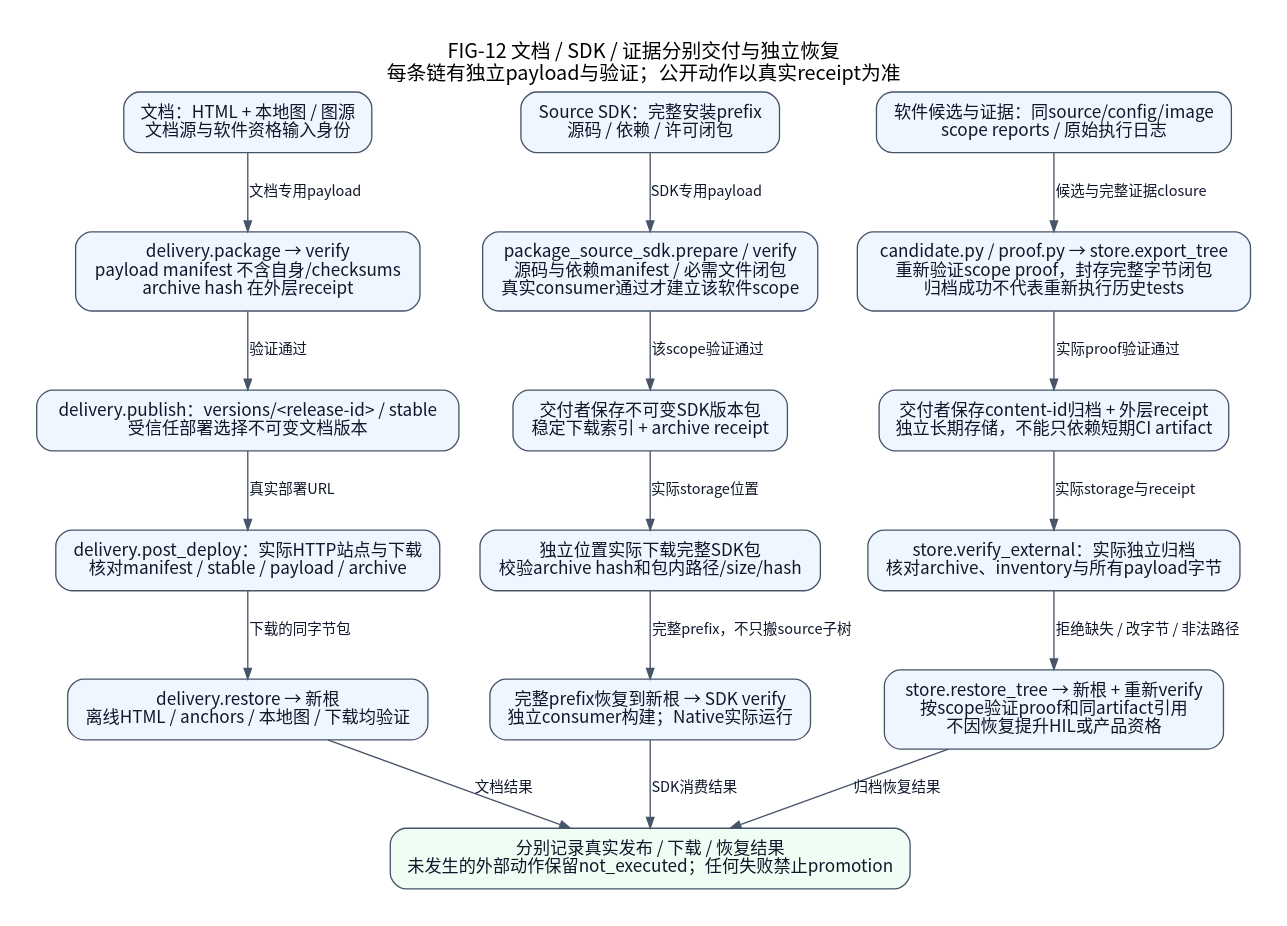
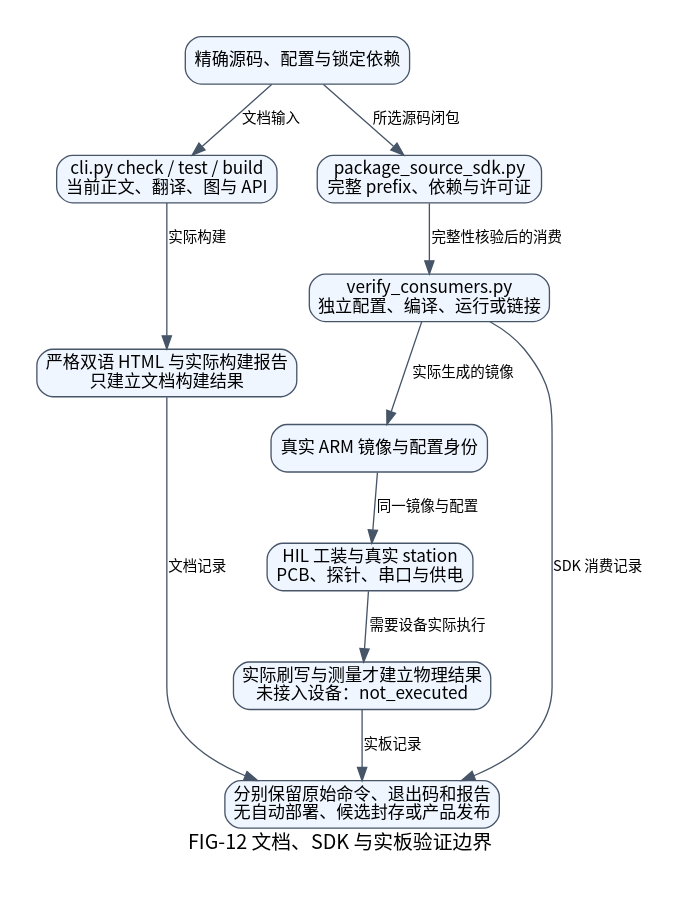
Before and after one commit to X-Gen-Lab/nexus: the diagram in docs/assets/diagrams/localized/zh_CN/release-recovery.dot, drawn with Graphviz. The commit also changed 30 other files, not shown here.

```diff
--- a/docs/assets/diagrams/localized/zh_CN/release-recovery.dot
+++ b/docs/assets/diagrams/localized/zh_CN/release-recovery.dot
@@ -1,51 +1,30 @@
-// FIG-12 reference: source-backed, scoped engineering view.
-// Code basis: 0111c8d3b9c7b37d258b9c401070305b13b6f3a1.
-// Relations and qualification limits are documented in README.md.
-digraph ReleaseRecovery {
-    graph [newrank=true, rankdir=TB, bgcolor="white", pad=0.28, nodesep=0.42,
-           ranksep=0.66, fontname="Noto Sans CJK SC", fontsize=15,
-           labelloc=t];
+// FIG-12: current independent documentation, SDK and HIL boundaries.
+// Code basis: cc4619261fc1cc6c07de0fe266703d6297062aa8.
+digraph ValidationBoundaries {
+    graph [rankdir=TB, bgcolor="white", pad=0.28, nodesep=0.42,
+           ranksep=0.58, fontname="Noto Sans CJK SC", fontsize=15];
     node [shape=box, style="rounded,filled", fillcolor="#eff6ff",
-          color="#475569", fontcolor="#0f172a", fontname="Noto Sans CJK SC",
-          fontsize=13, margin="0.18,0.12"];
-    edge [color="#475569", fontcolor="#0f172a",
-          fontname="Noto Sans CJK SC", fontsize=11, arrowsize=0.8];
-
-    graph [label="FIG-12 文档 / SDK / 证据分别交付与独立恢复\n每条链有独立payload与验证；公开动作以真实receipt为准"];
-    docs [label="文档：HTML + 本地图 / 图源\n文档源与软件资格输入身份", group="docs"];
-    sdk [label="Source SDK：完整安装prefix\n源码 / 依赖 / 许可闭包", group="sdk"];
-    candidate [label="软件候选与证据：同source/config/image\nscope reports / 原始执行日志", group="evidence"];
-    docsSeal [label="delivery.package → verify\npayload manifest 不含自身/checksums\narchive hash 在外层receipt", group="docs"];
-    sdkSeal [label="package_source_sdk.prepare / verify\n源码与依赖manifest / 必需文件闭包\n真实consumer通过才建立该软件scope", group="sdk"];
-    proofSeal [label="candidate.py / proof.py → store.export_tree\n重新验证scope proof，封存完整字节闭包\n归档成功不代表重新执行历史tests", group="evidence"];
-    docsPublish [label="delivery.publish：versions/<release-id> / stable\n受信任部署选择不可变文档版本", group="docs"];
-    sdkPublish [label="交付者保存不可变SDK版本包\n稳定下载索引 + archive receipt", group="sdk"];
-    proofPublish [label="交付者保存content-id归档 + 外层receipt\n独立长期存储，不能只依赖短期CI artifact", group="evidence"];
-    docsDownload [label="delivery.post_deploy：实际HTTP站点与下载\n核对manifest / stable / payload / archive", group="docs"];
-    sdkDownload [label="独立位置实际下载完整SDK包\n校验archive hash和包内路径/size/hash", group="sdk"];
-    proofDownload [label="store.verify_external：实际独立归档\n核对archive、inventory与所有payload字节", group="evidence"];
-    docsRestore [label="delivery.restore → 新根\n离线HTML / anchors / 本地图 / 下载均验证", group="docs"];
-    sdkRestore [label="完整prefix恢复到新根 → SDK verify\n独立consumer构建；Native实际运行", group="sdk"];
-    proofRestore [label="store.restore_tree → 新根 + 重新verify\n按scope验证proof和同artifact引用\n不因恢复提升HIL或产品资格", group="evidence"];
-    receipt [label="分别记录真实发布 / 下载 / 恢复结果\n未发生的外部动作保留not_executed；任何失败禁止promotion", fillcolor="#f0fdf4"];
-    docs -> docsSeal [label="文档专用payload"];
-    docsSeal -> docsPublish [label="验证通过"];
-    docsPublish -> docsDownload [label="真实部署URL"];
-    docsDownload -> docsRestore [label="下载的同字节包"];
-    docsRestore -> receipt [label="文档结果"];
-    sdk -> sdkSeal [label="SDK专用payload"];
-    sdkSeal -> sdkPublish [label="该scope验证通过"];
-    sdkPublish -> sdkDownload [label="实际storage位置"];
-    sdkDownload -> sdkRestore [label="完整prefix，不只搬source子树"];
-    sdkRestore -> receipt [label="SDK消费结果"];
-    candidate -> proofSeal [label="候选与完整证据closure"];
-    proofSeal -> proofPublish [label="实际proof验证通过"];
-    proofPublish -> proofDownload [label="实际storage与receipt"];
-    proofDownload -> proofRestore [label="拒绝缺失 / 改字节 / 非法路径"];
-    proofRestore -> receipt [label="归档恢复结果"];
-    { rank=same; docs; sdk; candidate; }
-    { rank=same; docsSeal; sdkSeal; proofSeal; }
-    { rank=same; docsPublish; sdkPublish; proofPublish; }
-    { rank=same; docsDownload; sdkDownload; proofDownload; }
-    { rank=same; docsRestore; sdkRestore; proofRestore; }
+          color="#475569", fontname="Noto Sans CJK SC", fontsize=13];
+    edge [color="#475569", fontname="Noto Sans CJK SC", fontsize=11];
+    graph [label="FIG-12 文档、SDK 与实板验证边界"];
+    source [label="精确源码、配置与锁定依赖"];
+    docs [label="cli.py check / test / build\n当前正文、翻译、图与 API"];
+    html [label="严格双语 HTML 与实际构建报告\n只建立文档构建结果"];
+    sdk [label="package_source_sdk.py\n完整 prefix、依赖与许可证"];
+    consumers [label="verify_consumers.py\n独立配置、编译、运行或链接"];
+    image [label="真实 ARM 镜像与配置身份"];
+    station [label="HIL 工装与真实 station\nPCB、探针、串口与供电"];
+    hardware [label="实际刷写与测量才建立物理结果\n未接入设备：not_executed"];
+    records [label="分别保留原始命令、退出码和报告\n无自动部署、候选封存或产品发布"];
+    source -> docs [label="文档输入"];
+    docs -> html [label="实际构建"];
+    source -> sdk [label="所选源码闭包"];
+    sdk -> consumers [label="完整性核验后的消费"];
+    consumers -> image [label="实际生成的镜像"];
+    image -> station [label="同一镜像与配置"];
+    station -> hardware [label="需要设备实际执行"];
+    html -> records [label="文档记录"];
+    consumers -> records [label="SDK 消费记录"];
+    hardware -> records [label="实板记录"];
+    { rank=same; docs; sdk; }
 }
```
